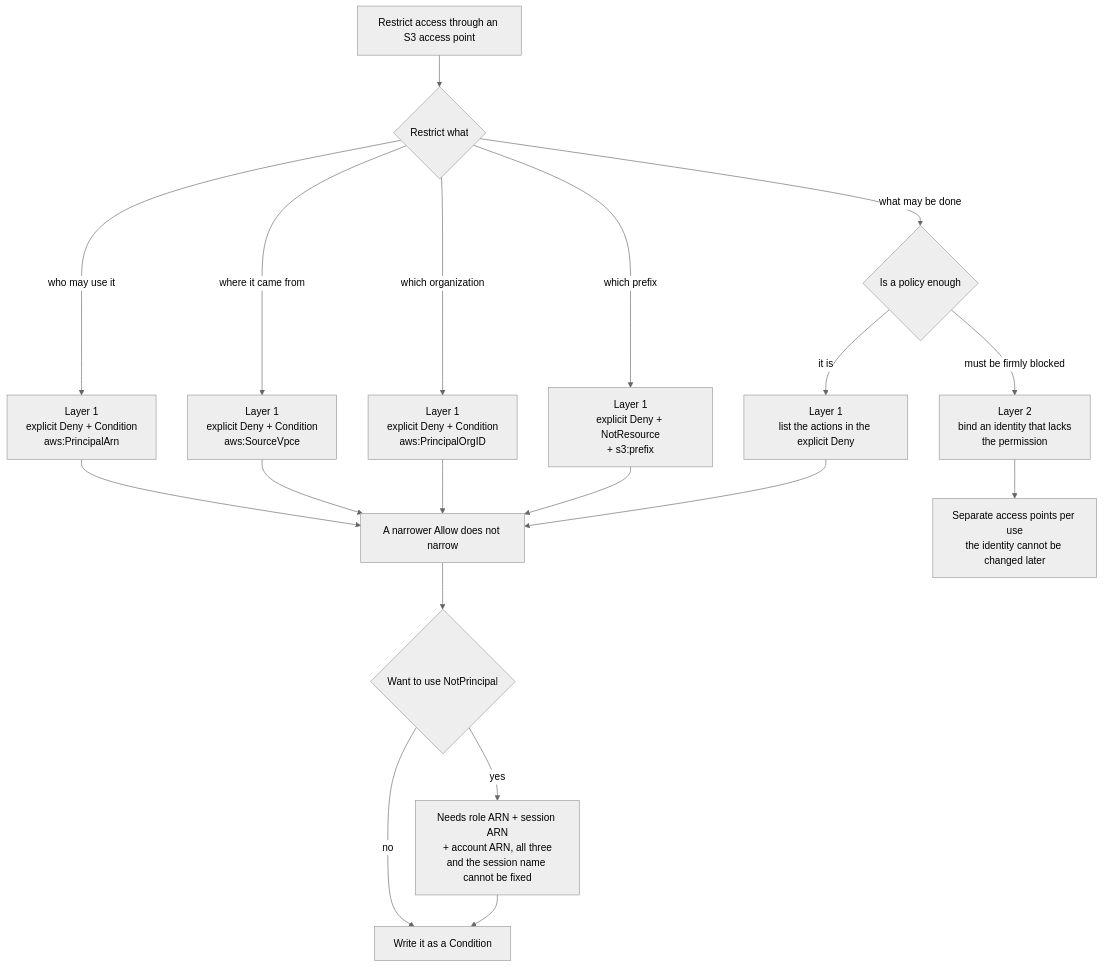
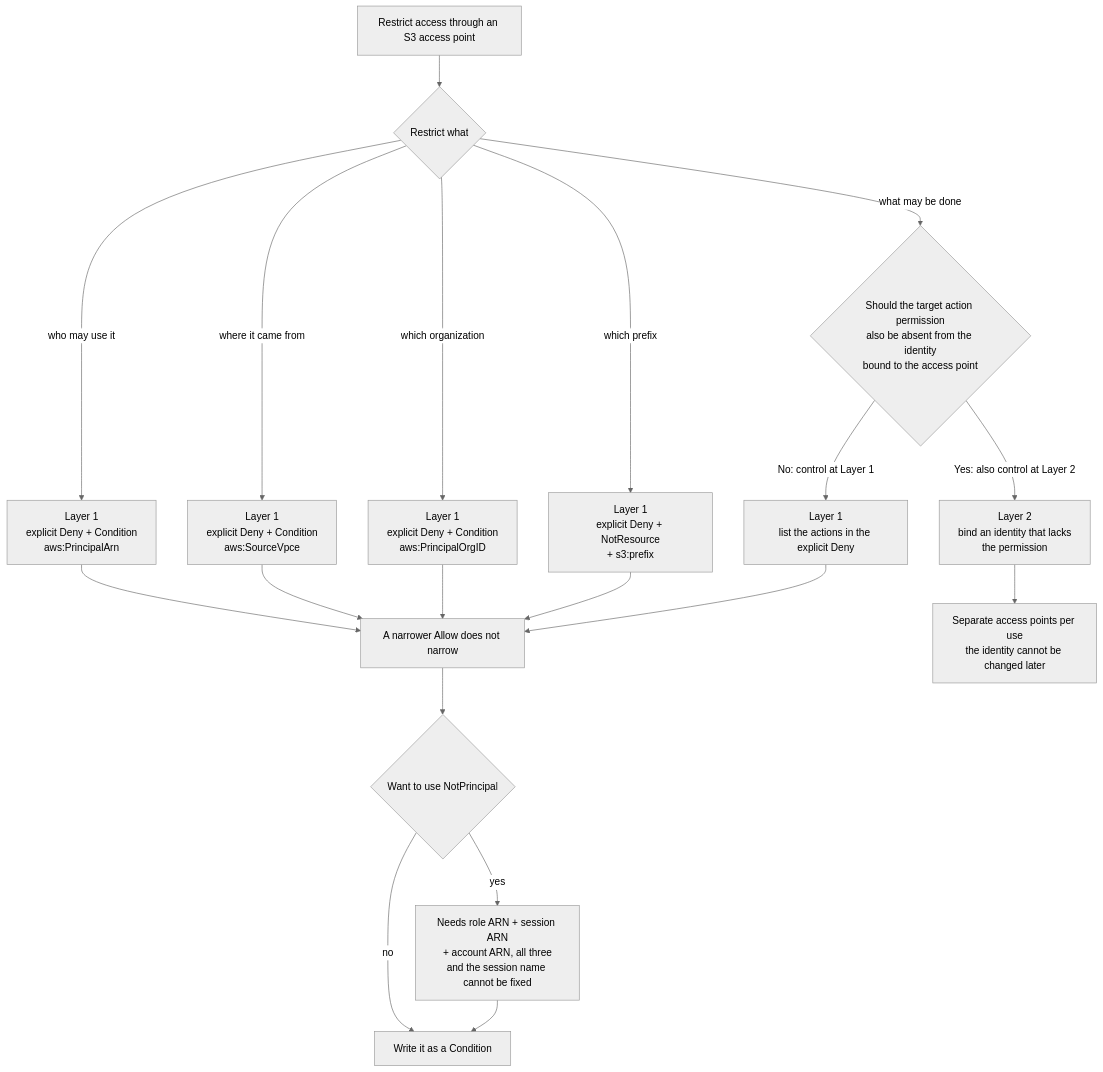
One commit to Yoshiki0705/FSx-for-ONTAP-Adoption-Playbook changed the diagram in docs/en/domains/security-governance/notes/access-point-authorization-layers.md. Above: the diagram before and after it, drawn with Mermaid (neutral theme). The commit also changed other lines of this file and 257 other files, not shown here.

````diff
--- a/docs/en/domains/security-governance/notes/access-point-authorization-layers.md
+++ b/docs/en/domains/security-governance/notes/access-point-authorization-layers.md
@@ -750,25 +772,25 @@
 ```mermaid
 graph TD
     A[Restrict access through an S3 access point] --> Q1{Restrict what}
 
     Q1 -->|who may use it| WHO[Layer 1<br/>explicit Deny + Condition<br/>aws:PrincipalArn]
     Q1 -->|where it came from| WHERE[Layer 1<br/>explicit Deny + Condition<br/>aws:SourceVpce]
     Q1 -->|which organization| ORG[Layer 1<br/>explicit Deny + Condition<br/>aws:PrincipalOrgID]
     Q1 -->|which prefix| PFX[Layer 1<br/>explicit Deny + NotResource<br/>+ s3:prefix]
-    Q1 -->|what may be done| WHAT{Is a policy enough}
+    Q1 -->|what may be done| WHAT{Should the target action permission<br/>also be absent from the identity<br/>bound to the access point}
 
-    WHAT -->|it is| ACT[Layer 1<br/>list the actions in the explicit Deny]
-    WHAT -->|must be firmly blocked| ID[Layer 2<br/>bind an identity that lacks<br/>the permission]
+    WHAT -->|No: control at Layer 1| ACT[Layer 1<br/>list the actions in the explicit Deny]
+    WHAT -->|Yes: also control at Layer 2| ID[Layer 2<br/>bind an identity that lacks<br/>the permission]
 
     WHO --> CHK[A narrower Allow does not narrow]
     WHERE --> CHK
     ORG --> CHK
     PFX --> CHK
     ACT --> CHK
     ID --> NEWAP[Separate access points per use<br/>the identity cannot be changed later]
 
     CHK --> NP{Want to use NotPrincipal}
     NP -->|yes| WARN["Needs role ARN + session ARN<br/>+ account ARN, all three<br/>and the session name cannot be fixed"]
     NP -->|no| OK[Write it as a Condition]
     WARN --> OK
 ```
````
